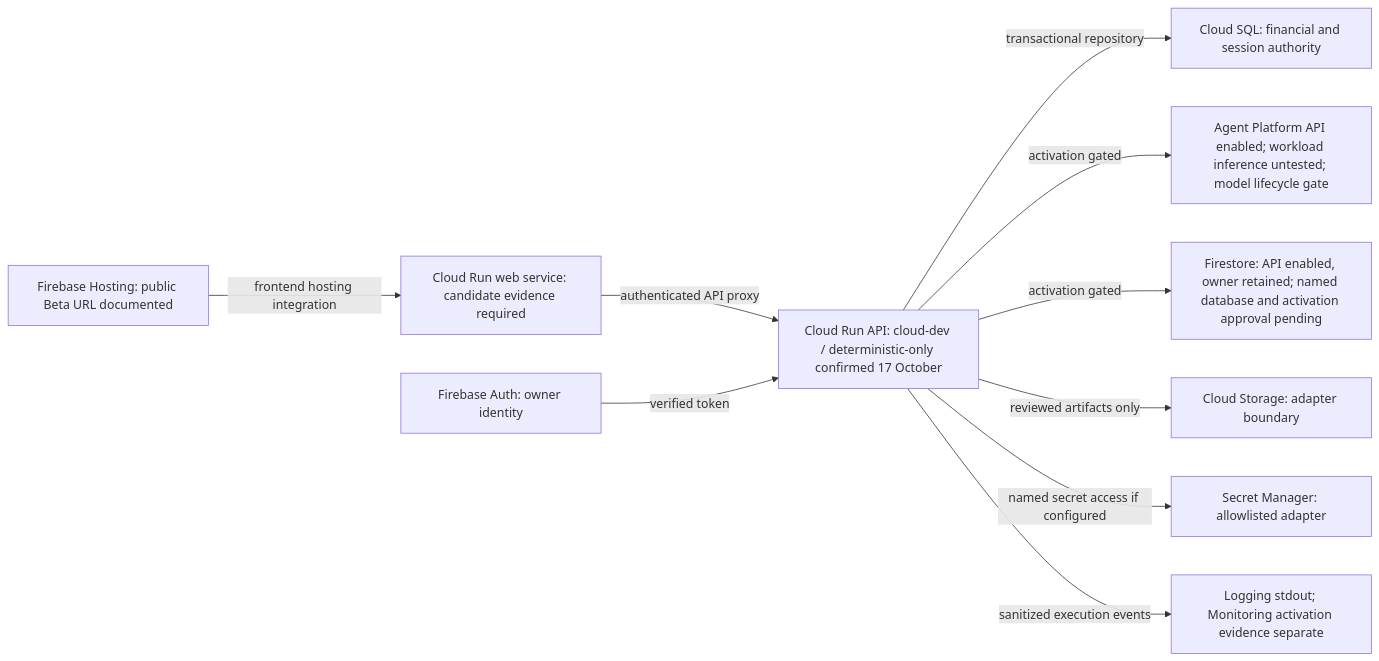
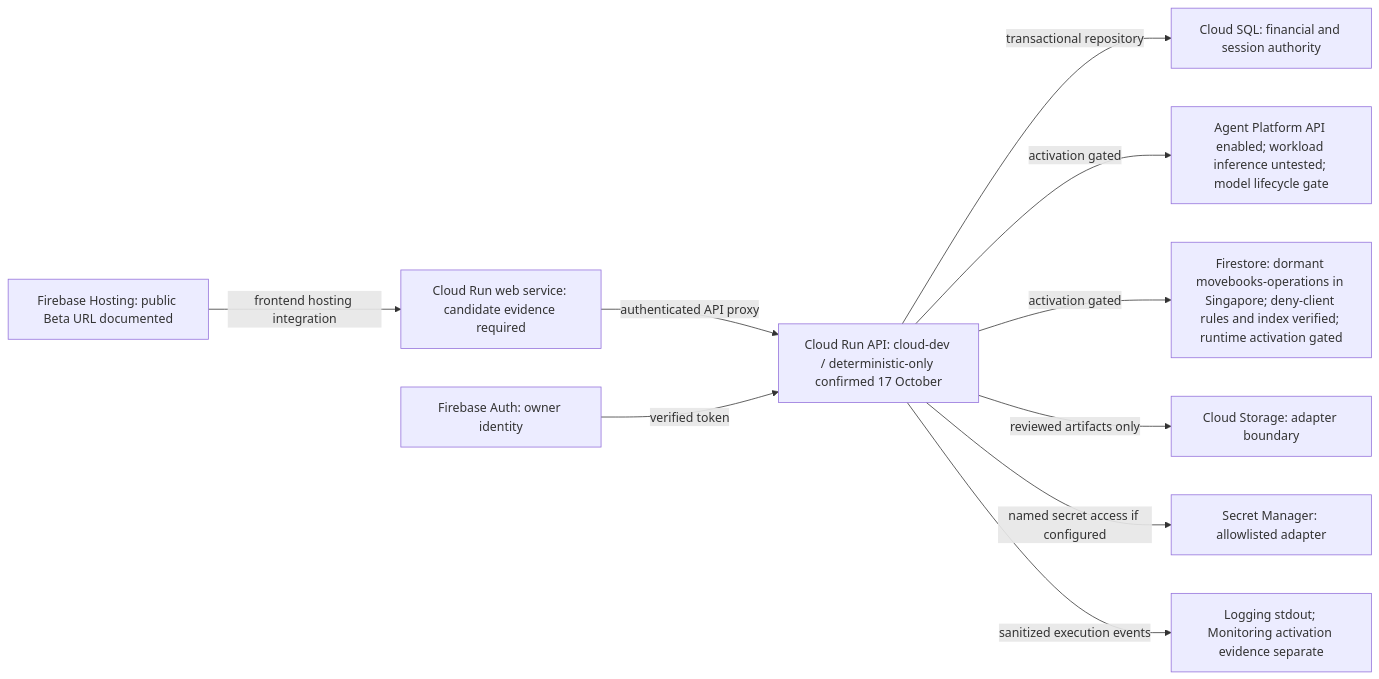
The diagram in docs/architecture-experience/source/google-cloud-deployment.mmd (JEMathew/movers-and-ledgers), drawn with Mermaid before and after one commit. The commit also changed 46 other files, not shown here.

Commit message:
Close dormant Firestore acceptance and assemble official submission review assets

```diff
--- a/docs/architecture-experience/source/google-cloud-deployment.mmd
+++ b/docs/architecture-experience/source/google-cloud-deployment.mmd
@@ -1,20 +1,20 @@
 flowchart LR
   hosting["Firebase Hosting: public Beta URL documented"]
   web["Cloud Run web service: candidate evidence required"]
   api["Cloud Run API: cloud-dev / deterministic-only confirmed 17 October"]
   auth["Firebase Auth: owner identity"]
   sql["Cloud SQL: financial and session authority"]
   vertex["Agent Platform API enabled; workload inference untested; model lifecycle gate"]
-  firestore["Firestore: API enabled, owner retained; named database and activation approval pending"]
+  firestore["Firestore: dormant movebooks-operations in Singapore; deny-client rules and index verified; runtime activation gated"]
   gcs["Cloud Storage: adapter boundary"]
   secret["Secret Manager: allowlisted adapter"]
   logs["Logging stdout; Monitoring activation evidence separate"]
   hosting -->|"frontend hosting integration"| web
   web -->|"authenticated API proxy"| api
   auth -->|"verified token"| api
   api -->|"transactional repository"| sql
   api -->|"activation gated"| vertex
   api -->|"activation gated"| firestore
   api -->|"reviewed artifacts only"| gcs
   api -->|"named secret access if configured"| secret
   api -->|"sanitized execution events"| logs
```
